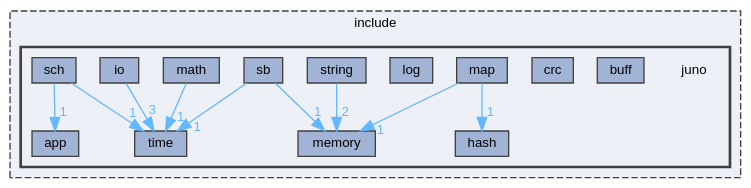
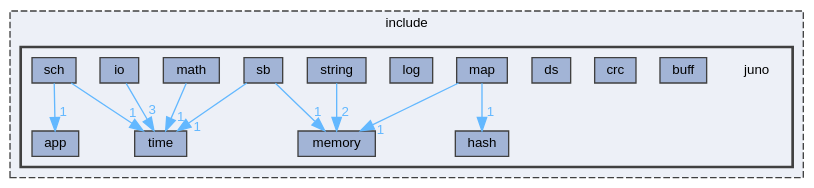
Before and after one commit to robinonsay/libjuno: the diagram in dir_366da5caa8e7ec3e54d94764b6f022bc_dep.dot, drawn with Graphviz. The commit also changed 174 other files, not shown here.

```diff
--- a/dir_366da5caa8e7ec3e54d94764b6f022bc_dep.dot
+++ b/dir_366da5caa8e7ec3e54d94764b6f022bc_dep.dot
@@ -1,37 +1,38 @@
 digraph "/home/runner/work/libjuno/libjuno/include/juno"
 {
  // LATEX_PDF_SIZE
   bgcolor="transparent";
   edge [fontname=Helvetica,fontsize=10,labelfontname=Helvetica,labelfontsize=10];
   node [fontname=Helvetica,fontsize=10,shape=box,height=0.2,width=0.4];
   compound=true
   subgraph clusterdir_d44c64559bbebec7f509842c48db8b23 {
     graph [ bgcolor="#edf0f7", pencolor="grey25", label="include", fontname=Helvetica,fontsize=10 style="filled,dashed", URL="dir_d44c64559bbebec7f509842c48db8b23.html",tooltip=""]
   subgraph clusterdir_366da5caa8e7ec3e54d94764b6f022bc {
     graph [ bgcolor="#edf0f7", pencolor="grey25", label="", fontname=Helvetica,fontsize=10 style="filled,bold", URL="dir_366da5caa8e7ec3e54d94764b6f022bc.html",tooltip=""]
     dir_366da5caa8e7ec3e54d94764b6f022bc [shape=plaintext, label="juno"];
   dir_ea3a8427487b97ef3e7ab80966e647b0 [label="app", fillcolor="#a2b4d6", color="grey25", style="filled", URL="dir_ea3a8427487b97ef3e7ab80966e647b0.html",tooltip=""];
   dir_fc6384f358b29864859f2bbee3a4bf64 [label="buff", fillcolor="#a2b4d6", color="grey25", style="filled", URL="dir_fc6384f358b29864859f2bbee3a4bf64.html",tooltip=""];
   dir_ef6da05dc0c67d385894f0e12ffbb82b [label="crc", fillcolor="#a2b4d6", color="grey25", style="filled", URL="dir_ef6da05dc0c67d385894f0e12ffbb82b.html",tooltip=""];
+  dir_fb583d9548b0b9fcc117321ce58bf206 [label="ds", fillcolor="#a2b4d6", color="grey25", style="filled", URL="dir_fb583d9548b0b9fcc117321ce58bf206.html",tooltip=""];
   dir_19d249a700c11f44389cb05327db4a5b [label="hash", fillcolor="#a2b4d6", color="grey25", style="filled", URL="dir_19d249a700c11f44389cb05327db4a5b.html",tooltip=""];
   dir_2214acb517c776811661c93fb7ef90d4 [label="io", fillcolor="#a2b4d6", color="grey25", style="filled", URL="dir_2214acb517c776811661c93fb7ef90d4.html",tooltip=""];
   dir_11c3f99e4b1d38bfc7e28e7b668b733a [label="log", fillcolor="#a2b4d6", color="grey25", style="filled", URL="dir_11c3f99e4b1d38bfc7e28e7b668b733a.html",tooltip=""];
   dir_7d134b198f51d759fae4dbc0397c07cc [label="map", fillcolor="#a2b4d6", color="grey25", style="filled", URL="dir_7d134b198f51d759fae4dbc0397c07cc.html",tooltip=""];
   dir_2c37035c1b62d409545a5c019526896e [label="math", fillcolor="#a2b4d6", color="grey25", style="filled", URL="dir_2c37035c1b62d409545a5c019526896e.html",tooltip=""];
   dir_0ab7105f8cccca84cc3ec63bc4b5970d [label="memory", fillcolor="#a2b4d6", color="grey25", style="filled", URL="dir_0ab7105f8cccca84cc3ec63bc4b5970d.html",tooltip=""];
   dir_a9edbd5fb0b74fbe5ba0514afbd43adb [label="sb", fillcolor="#a2b4d6", color="grey25", style="filled", URL="dir_a9edbd5fb0b74fbe5ba0514afbd43adb.html",tooltip=""];
   dir_a87a937333967b7feacfc3c804d7d70c [label="sch", fillcolor="#a2b4d6", color="grey25", style="filled", URL="dir_a87a937333967b7feacfc3c804d7d70c.html",tooltip=""];
   dir_1ee06b418de2fbaa3d5b1443d2d582cb [label="string", fillcolor="#a2b4d6", color="grey25", style="filled", URL="dir_1ee06b418de2fbaa3d5b1443d2d582cb.html",tooltip=""];
   dir_f7826cb483c41652a57f47c29e86de5a [label="time", fillcolor="#a2b4d6", color="grey25", style="filled", URL="dir_f7826cb483c41652a57f47c29e86de5a.html",tooltip=""];
   }
   }
-  dir_2214acb517c776811661c93fb7ef90d4->dir_f7826cb483c41652a57f47c29e86de5a [headlabel="3", labeldistance=1.5 headhref="dir_000006_000016.html" href="dir_000006_000016.html" color="steelblue1" fontcolor="steelblue1"];
-  dir_7d134b198f51d759fae4dbc0397c07cc->dir_0ab7105f8cccca84cc3ec63bc4b5970d [headlabel="1", labeldistance=1.5 headhref="dir_000009_000011.html" href="dir_000009_000011.html" color="steelblue1" fontcolor="steelblue1"];
-  dir_7d134b198f51d759fae4dbc0397c07cc->dir_19d249a700c11f44389cb05327db4a5b [headlabel="1", labeldistance=1.5 headhref="dir_000009_000004.html" href="dir_000009_000004.html" color="steelblue1" fontcolor="steelblue1"];
-  dir_2c37035c1b62d409545a5c019526896e->dir_f7826cb483c41652a57f47c29e86de5a [headlabel="1", labeldistance=1.5 headhref="dir_000010_000016.html" href="dir_000010_000016.html" color="steelblue1" fontcolor="steelblue1"];
-  dir_a9edbd5fb0b74fbe5ba0514afbd43adb->dir_0ab7105f8cccca84cc3ec63bc4b5970d [headlabel="1", labeldistance=1.5 headhref="dir_000012_000011.html" href="dir_000012_000011.html" color="steelblue1" fontcolor="steelblue1"];
-  dir_a9edbd5fb0b74fbe5ba0514afbd43adb->dir_f7826cb483c41652a57f47c29e86de5a [headlabel="1", labeldistance=1.5 headhref="dir_000012_000016.html" href="dir_000012_000016.html" color="steelblue1" fontcolor="steelblue1"];
-  dir_a87a937333967b7feacfc3c804d7d70c->dir_ea3a8427487b97ef3e7ab80966e647b0 [headlabel="1", labeldistance=1.5 headhref="dir_000013_000000.html" href="dir_000013_000000.html" color="steelblue1" fontcolor="steelblue1"];
-  dir_a87a937333967b7feacfc3c804d7d70c->dir_f7826cb483c41652a57f47c29e86de5a [headlabel="1", labeldistance=1.5 headhref="dir_000013_000016.html" href="dir_000013_000016.html" color="steelblue1" fontcolor="steelblue1"];
-  dir_1ee06b418de2fbaa3d5b1443d2d582cb->dir_0ab7105f8cccca84cc3ec63bc4b5970d [headlabel="2", labeldistance=1.5 headhref="dir_000015_000011.html" href="dir_000015_000011.html" color="steelblue1" fontcolor="steelblue1"];
+  dir_2214acb517c776811661c93fb7ef90d4->dir_f7826cb483c41652a57f47c29e86de5a [headlabel="3", labeldistance=1.5 headhref="dir_000007_000017.html" href="dir_000007_000017.html" color="steelblue1" fontcolor="steelblue1"];
+  dir_7d134b198f51d759fae4dbc0397c07cc->dir_0ab7105f8cccca84cc3ec63bc4b5970d [headlabel="1", labeldistance=1.5 headhref="dir_000010_000012.html" href="dir_000010_000012.html" color="steelblue1" fontcolor="steelblue1"];
+  dir_7d134b198f51d759fae4dbc0397c07cc->dir_19d249a700c11f44389cb05327db4a5b [headlabel="1", labeldistance=1.5 headhref="dir_000010_000005.html" href="dir_000010_000005.html" color="steelblue1" fontcolor="steelblue1"];
+  dir_2c37035c1b62d409545a5c019526896e->dir_f7826cb483c41652a57f47c29e86de5a [headlabel="1", labeldistance=1.5 headhref="dir_000011_000017.html" href="dir_000011_000017.html" color="steelblue1" fontcolor="steelblue1"];
+  dir_a9edbd5fb0b74fbe5ba0514afbd43adb->dir_0ab7105f8cccca84cc3ec63bc4b5970d [headlabel="1", labeldistance=1.5 headhref="dir_000013_000012.html" href="dir_000013_000012.html" color="steelblue1" fontcolor="steelblue1"];
+  dir_a9edbd5fb0b74fbe5ba0514afbd43adb->dir_f7826cb483c41652a57f47c29e86de5a [headlabel="1", labeldistance=1.5 headhref="dir_000013_000017.html" href="dir_000013_000017.html" color="steelblue1" fontcolor="steelblue1"];
+  dir_a87a937333967b7feacfc3c804d7d70c->dir_ea3a8427487b97ef3e7ab80966e647b0 [headlabel="1", labeldistance=1.5 headhref="dir_000014_000000.html" href="dir_000014_000000.html" color="steelblue1" fontcolor="steelblue1"];
+  dir_a87a937333967b7feacfc3c804d7d70c->dir_f7826cb483c41652a57f47c29e86de5a [headlabel="1", labeldistance=1.5 headhref="dir_000014_000017.html" href="dir_000014_000017.html" color="steelblue1" fontcolor="steelblue1"];
+  dir_1ee06b418de2fbaa3d5b1443d2d582cb->dir_0ab7105f8cccca84cc3ec63bc4b5970d [headlabel="2", labeldistance=1.5 headhref="dir_000016_000012.html" href="dir_000016_000012.html" color="steelblue1" fontcolor="steelblue1"];
 }
```
